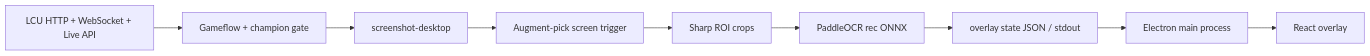
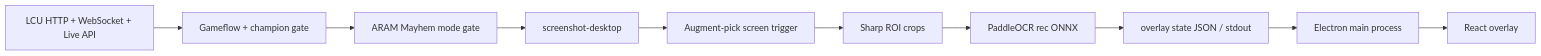
One commit to xzq-xu/open-hex-assistant changed the second of 3 diagrams in docs/architecture.md. Above: the diagram before and after it, drawn with Mermaid. The commit also changed other lines of this file and 9 other files, not shown here.

Commit message:
Hide overlay outside ARAM Mayhem

````diff
--- a/docs/architecture.md
+++ b/docs/architecture.md
@@ -70,11 +70,12 @@
 ```mermaid
 flowchart LR
   LCU["LCU HTTP + WebSocket + Live API"] --> Game["Gameflow + champion gate"]
-  Game --> Capture["screenshot-desktop"]
+  Game --> Mode["ARAM Mayhem mode gate"]
+  Mode --> Capture["screenshot-desktop"]
   Capture --> Trigger["Augment-pick screen trigger"]
   Trigger --> Crop["Sharp ROI crops"]
   Crop --> Rec["PaddleOCR rec ONNX"]
   Rec --> Json["overlay state JSON / stdout"]
   Json --> Electron["Electron main process"]
   Electron --> Overlay["React overlay"]
 ```
````
